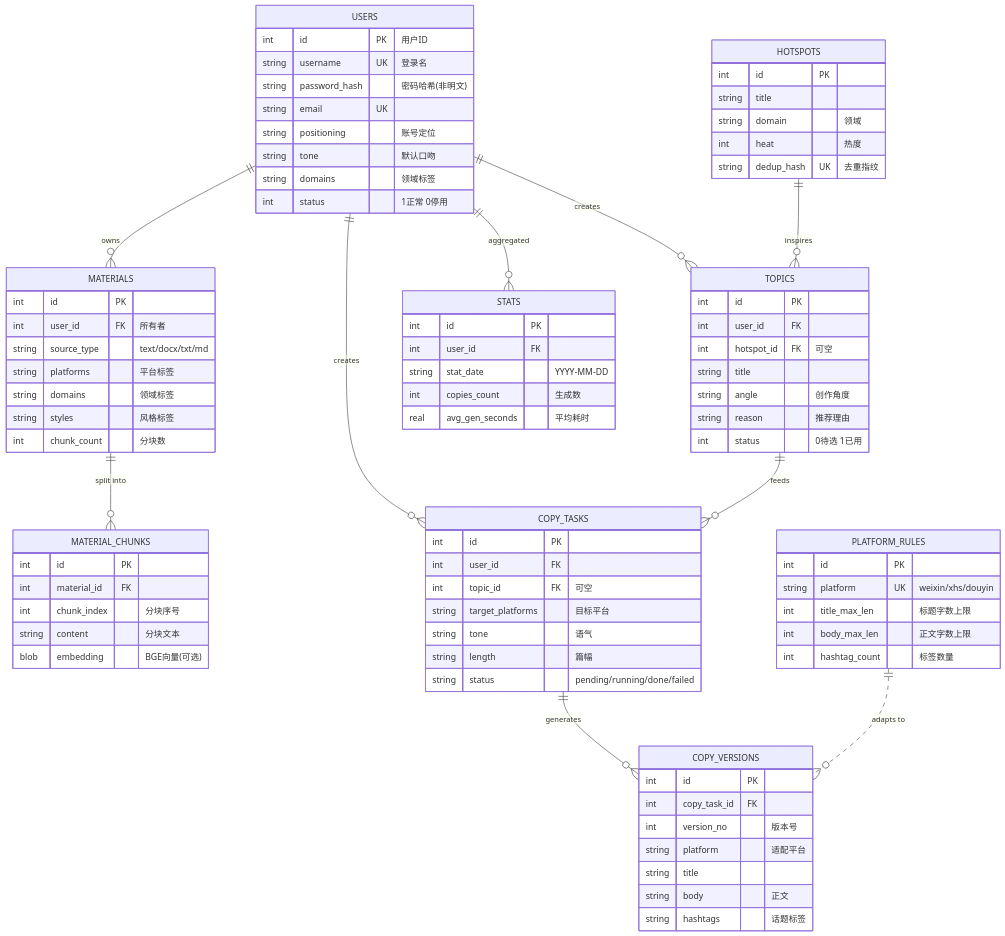
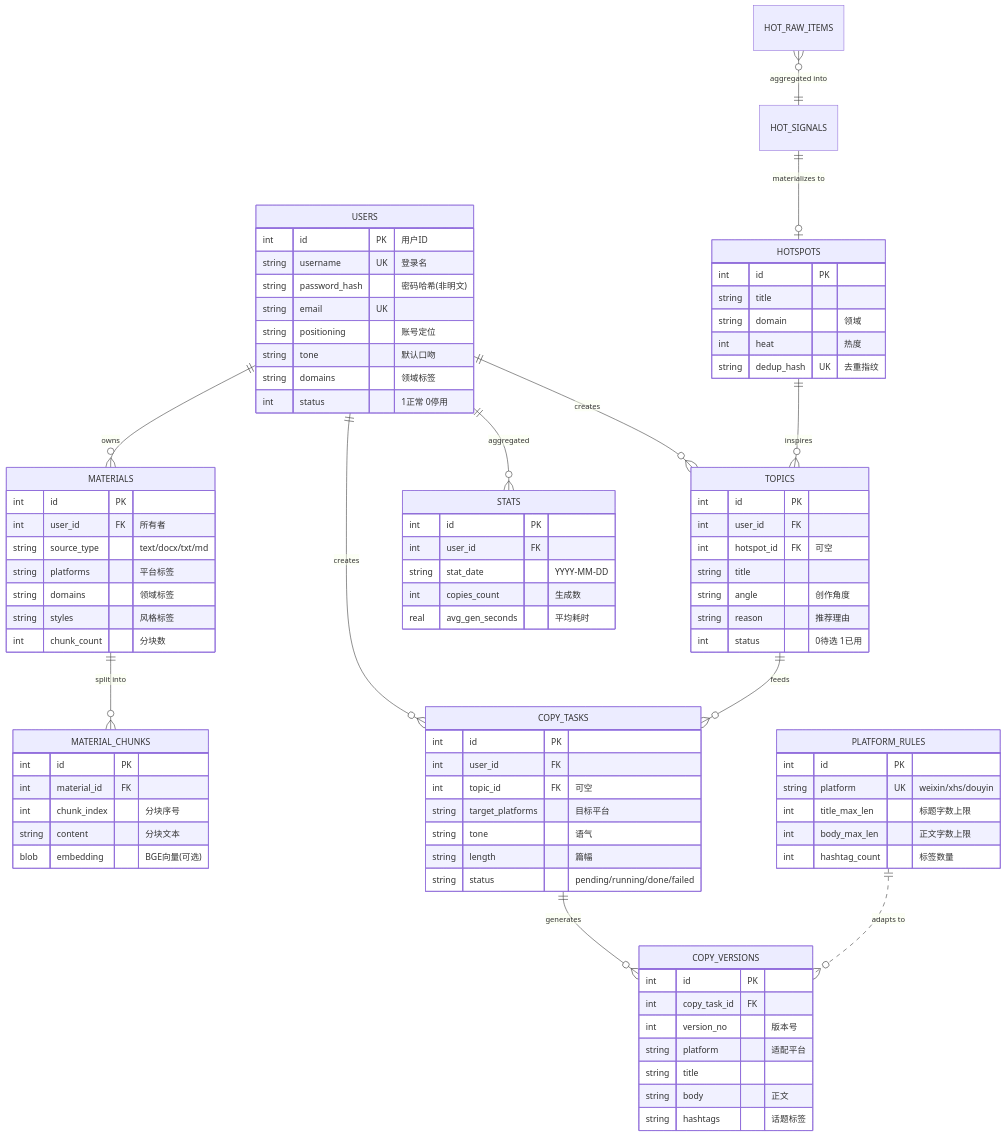
One commit to zzzjn-1/ai-media changed the diagram in db/数据库设计.md. Above: the diagram before and after it, drawn with Mermaid. The commit also changed other lines of this file and 27 other files, not shown here.

```diff
--- a/db/数据库设计.md
+++ b/db/数据库设计.md
@@ -28,12 +33,14 @@
     USERS ||--o{ MATERIALS : "owns"
     MATERIALS ||--o{ MATERIAL_CHUNKS : "split into"
     USERS ||--o{ TOPICS : "creates"
+    HOT_SIGNALS ||--o| HOTSPOTS : "materializes to"
     HOTSPOTS ||--o{ TOPICS : "inspires"
     USERS ||--o{ COPY_TASKS : "creates"
     TOPICS ||--o{ COPY_TASKS : "feeds"
     COPY_TASKS ||--o{ COPY_VERSIONS : "generates"
     PLATFORM_RULES ||..o{ COPY_VERSIONS : "adapts to"
     USERS ||--o{ STATS : "aggregated"
+    HOT_RAW_ITEMS }o--|| HOT_SIGNALS : "aggregated into"
 
     USERS {
         int id PK "用户ID"
```
